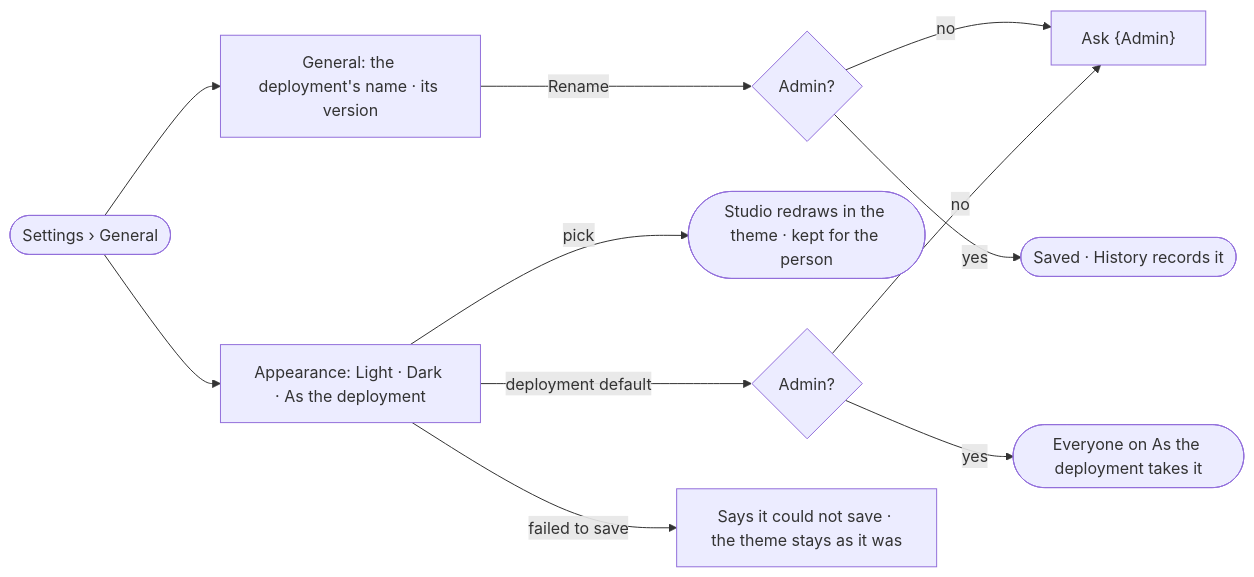
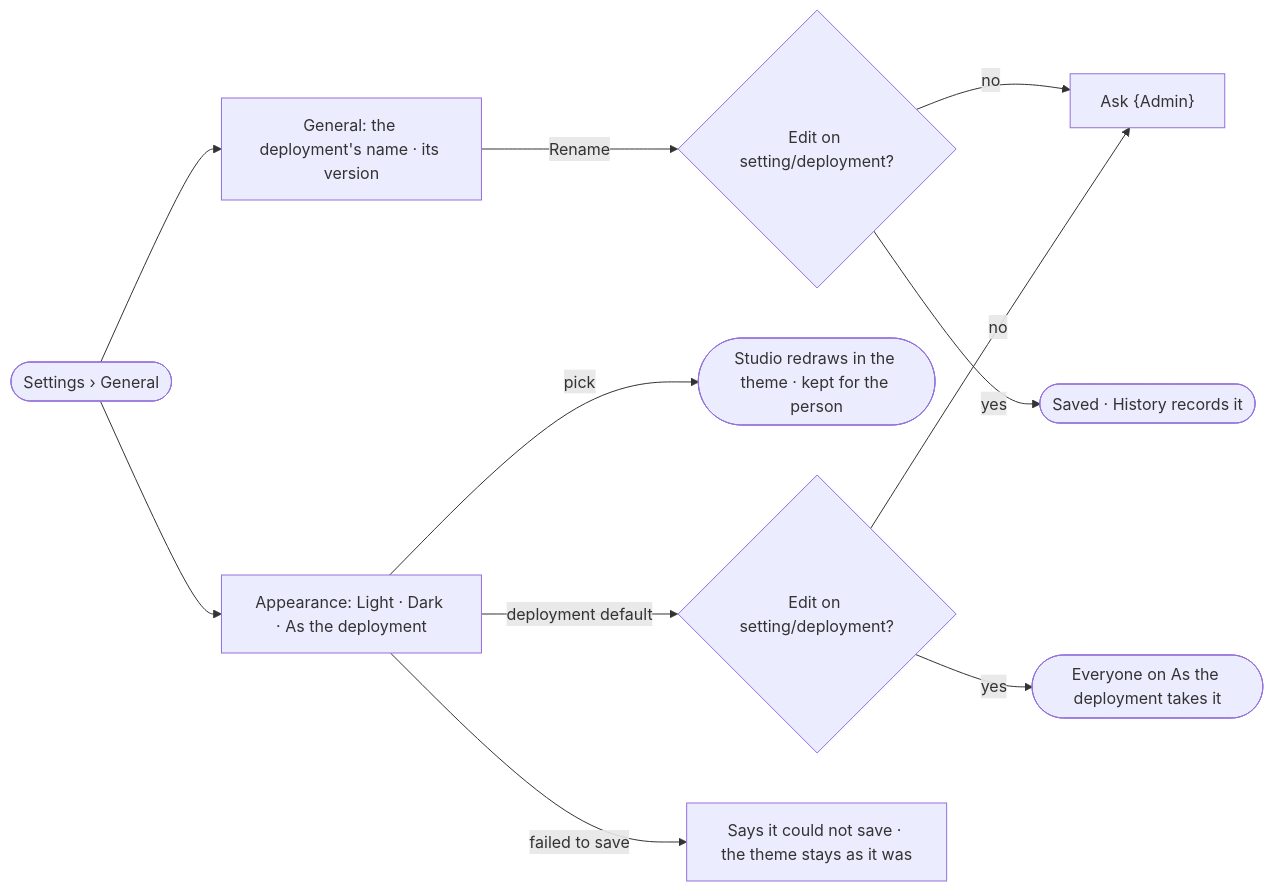
One commit to invana/invana changed the diagram in specs/os/control/features/CP-F07-find-your-way/stories/CP-71-name-the-deployment-and-pick-how-studio-looks/story.md. Above: the diagram before and after it, drawn with Mermaid. The commit also changed other lines of this file and 228 other files, not shown here.

````diff
--- a/specs/os/control/features/CP-F07-find-your-way/stories/CP-71-name-the-deployment-and-pick-how-studio-looks/story.md
+++ b/specs/os/control/features/CP-F07-find-your-way/stories/CP-71-name-the-deployment-and-pick-how-studio-looks/story.md
@@ -27,13 +27,13 @@
 ```mermaid
 flowchart LR
   s([Settings › General]) --> g["General: the deployment's name · its version"]
-  g -->|Rename| r{Admin?}
+  g -->|Rename| r{"Edit on setting/deployment?"}
   r -->|no| na["Ask {Admin}"]
   r -->|yes| sv(["Saved · History records it"])
   s --> ap["Appearance: Light · Dark · As the deployment"]
   ap -->|pick| t(["Studio redraws in the theme · kept for the person"])
-  ap -->|deployment default| d{Admin?}
+  ap -->|deployment default| d{"Edit on setting/deployment?"}
   d -->|no| na
   d -->|yes| dd(["Everyone on As the deployment takes it"])
   ap -->|failed to save| f["Says it could not save · the theme stays as it was"]
 ```
````
